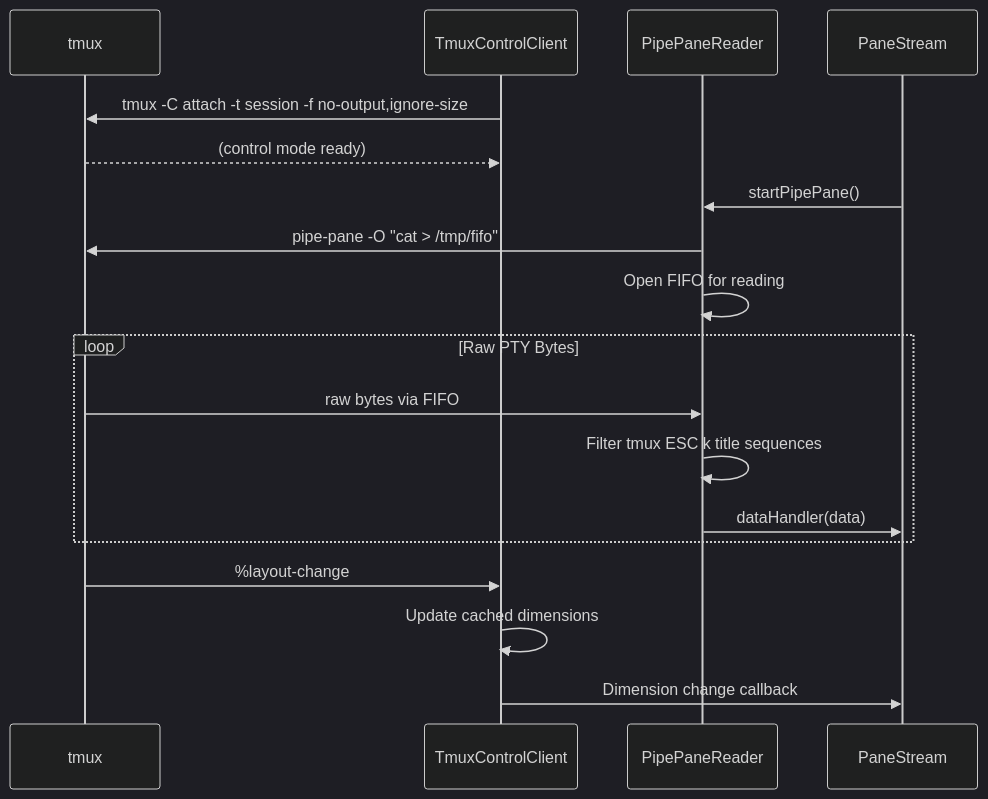
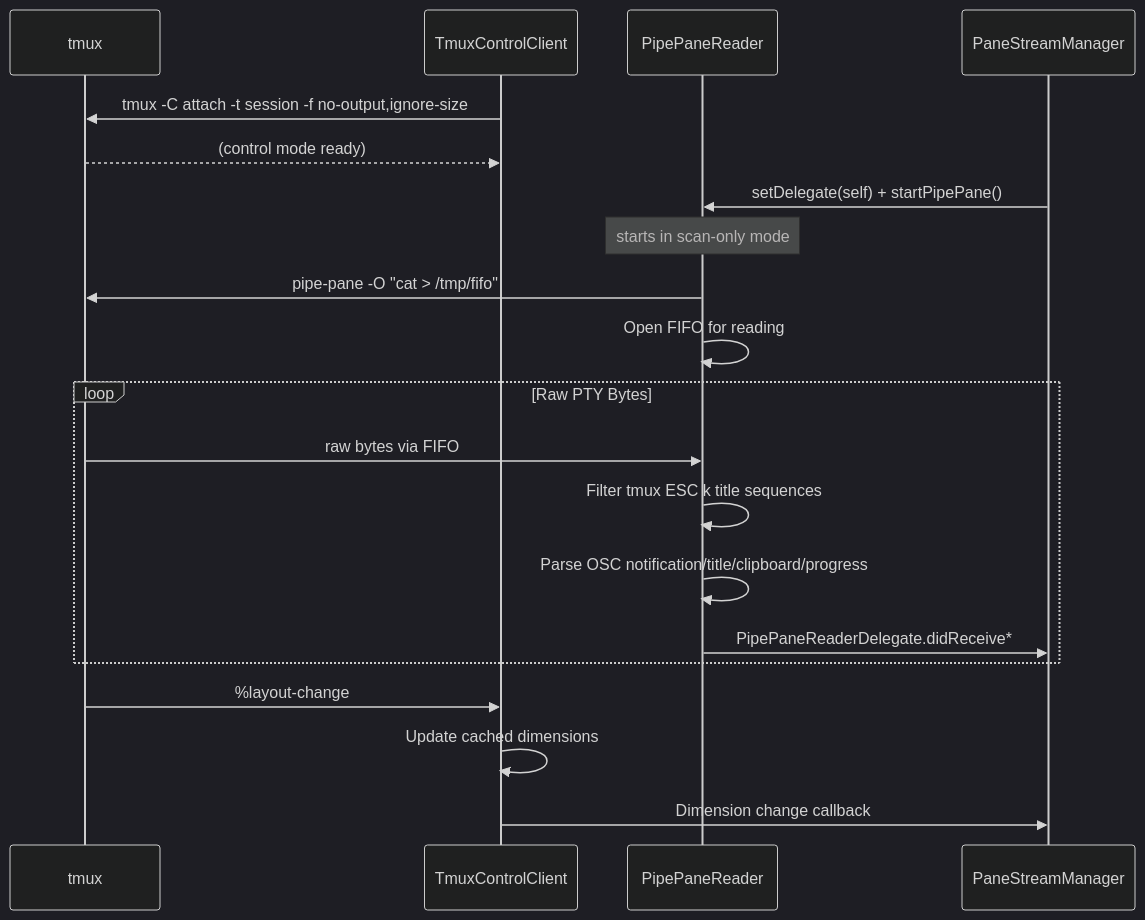
Before and after one commit to gpambrozio/Gallager: the second of 12 diagrams in docs/streaming-architecture.md, drawn with Mermaid (dark theme). The commit also changed other lines of this file and 25 other files, not shown here.

First line of the commit message:
One persistent PipePaneReader per pane (closes #476) (#479)

````diff
--- a/docs/streaming-architecture.md
+++ b/docs/streaming-architecture.md
@@ -54,24 +52,26 @@
 ```mermaid
 sequenceDiagram
     participant T as tmux
     participant TCC as TmuxControlClient
     participant PPR as PipePaneReader
-    participant PS as PaneStream
+    participant PSM as PaneStreamManager
 
     TCC->>T: tmux -C attach -t session -f no-output,ignore-size
     T-->>TCC: (control mode ready)
 
-    PS->>PPR: startPipePane()
+    PSM->>PPR: setDelegate(self) + startPipePane()
+    Note over PPR: starts in scan-only mode
     PPR->>T: pipe-pane -O "cat > /tmp/fifo"
     PPR->>PPR: Open FIFO for reading
 
     loop Raw PTY Bytes
         T->>PPR: raw bytes via FIFO
         PPR->>PPR: Filter tmux ESC k title sequences
-        PPR->>PS: dataHandler(data)
+        PPR->>PPR: Parse OSC notification/title/clipboard/progress
+        PPR->>PSM: PipePaneReaderDelegate.didReceive*
     end
 
     T->>TCC: %layout-change
     TCC->>TCC: Update cached dimensions
-    TCC->>PS: Dimension change callback
+    TCC->>PSM: Dimension change callback
 ```
````
